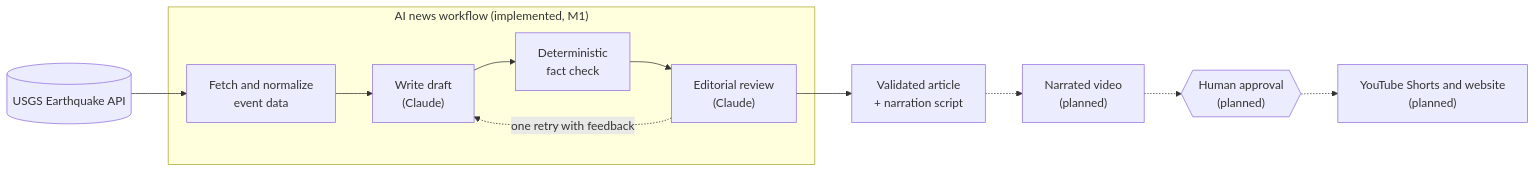
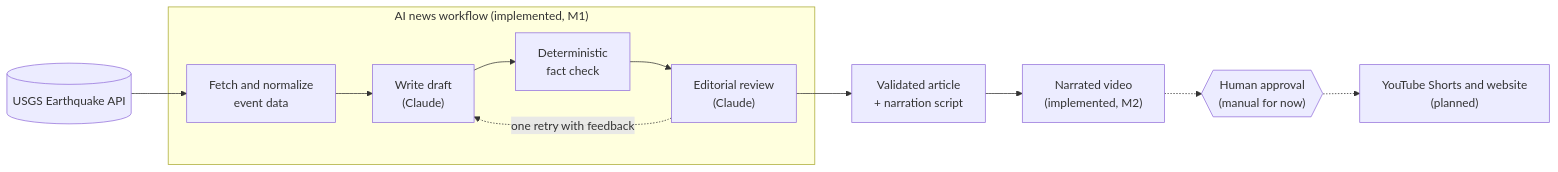
The diagram in README.md (steffencrespo/next-huge-quake), drawn with Mermaid before and after one commit. The commit also changed other lines of this file and 14 other files, not shown here.

First line of the commit message:
Add M2.4d: quake_video workflow (USGS event to video ready for approval)

````diff
--- a/README.md
+++ b/README.md
@@ -42,14 +48,14 @@
 ```mermaid
 flowchart LR
     USGS[("USGS Earthquake API")] --> Fetch["Fetch and normalize<br/>event data"]
     subgraph M1["AI news workflow (implemented, M1)"]
         Fetch --> Write["Write draft<br/>(Claude)"]
         Write --> Check["Deterministic<br/>fact check"]
         Check --> Review["Editorial review<br/>(Claude)"]
         Review -. "one retry with feedback" .-> Write
     end
     Review --> Draft["Validated article<br/>+ narration script"]
-    Draft -.-> Video["Narrated video<br/>(planned)"]
-    Video -.-> Approve{{"Human approval<br/>(planned)"}}
+    Draft --> Video["Narrated video<br/>(implemented, M2)"]
+    Video -.-> Approve{{"Human approval<br/>(manual for now)"}}
     Approve -.-> Publish["YouTube Shorts and website<br/>(planned)"]
 ```
````
